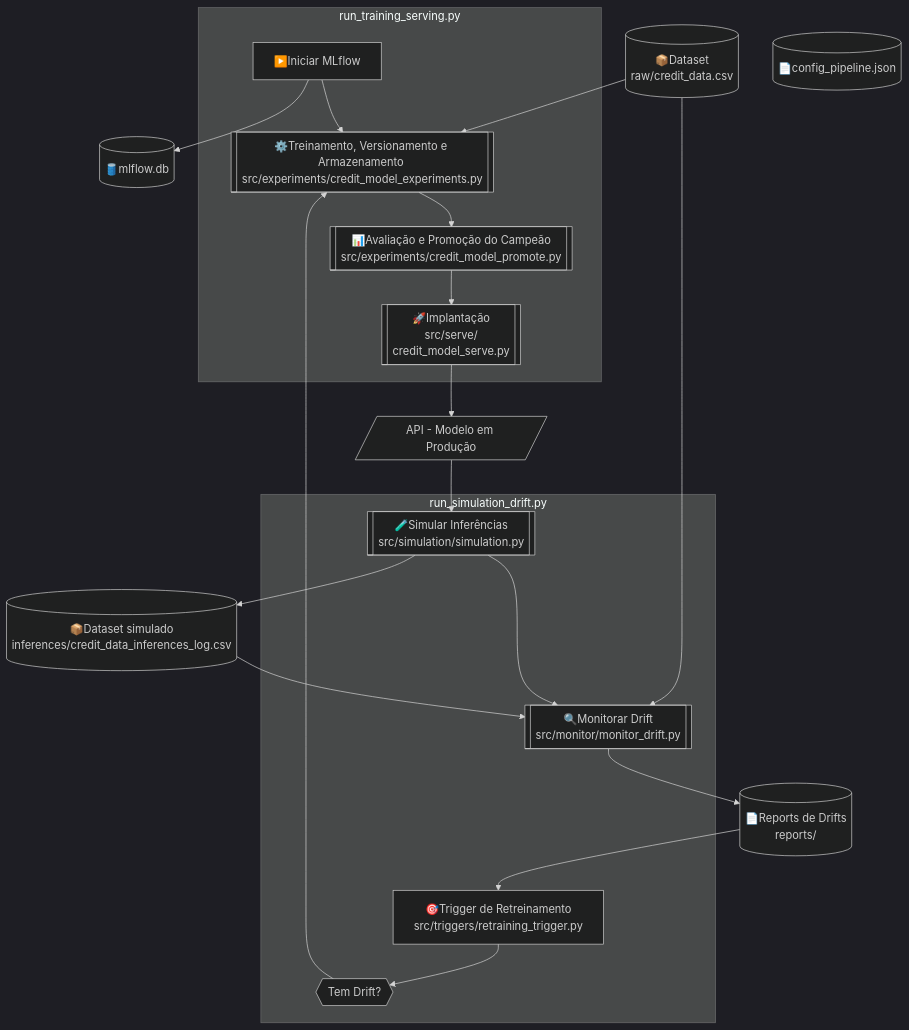
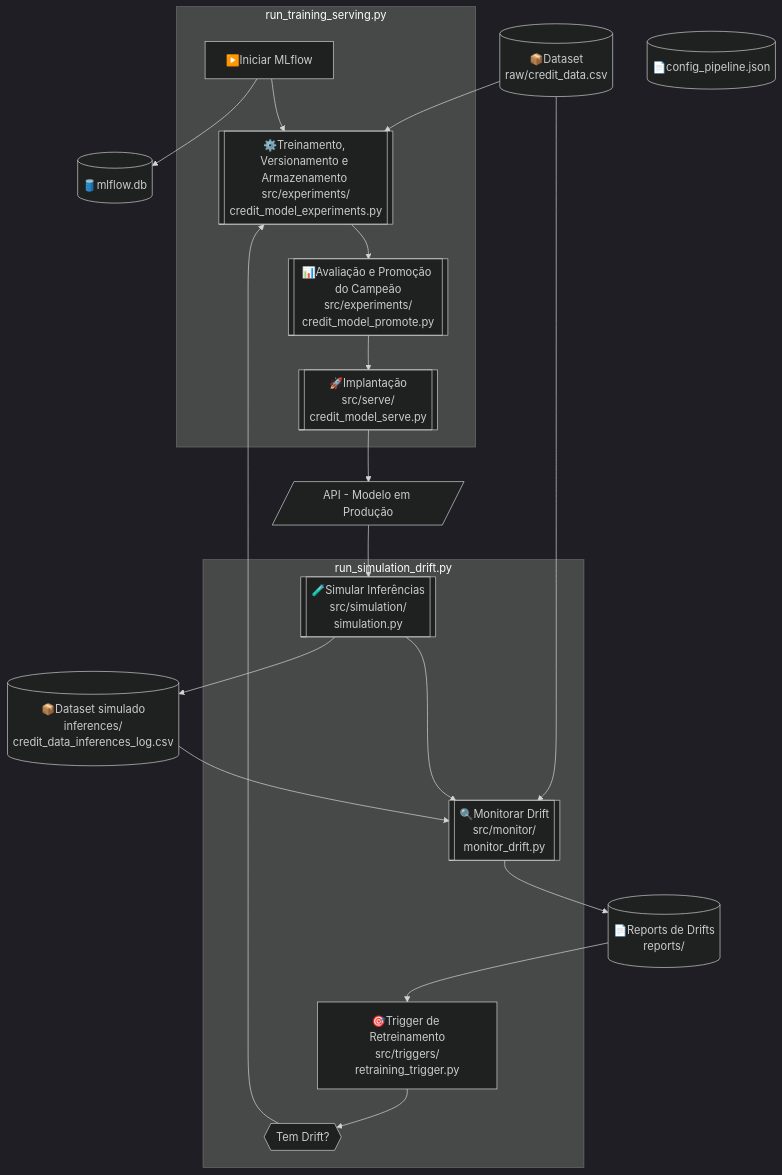
Before and after one commit to lamgarcia/ufrgs-ecd15: the diagram in README.md, drawn with Mermaid (dark theme).

````diff
--- a/README.md
+++ b/README.md
@@ -149,40 +149,40 @@
 ```mermaid
 flowchart TD
 
     subgraph Train [run_training_serving.py]
         A1[▶️Iniciar MLflow]
-        A2[[⚙️Treinamento, Versionamento e Armazenamento <br>src/experiments/credit_model_experiments.py]]
-        A3[[📊Avaliação e Promoção do Campeão<br>src/experiments/credit_model_promote.py]]
+        A2[[⚙️Treinamento, Versionamento e Armazenamento <br>src/experiments/<br>credit_model_experiments.py]]
+        A3[[📊Avaliação e Promoção do Campeão<br>src/experiments/<br>credit_model_promote.py]]
         A4[[🚀Implantação<br>src/serve/<br>credit_model_serve.py]]
         A1 --> A2 --> A3 --> A4 
     end
     
 
     subgraph Drift [run_simulation_drift.py]
-        B1[[🧪Simular Inferências<br>src/simulation/simulation.py]]
-        B2[[🔍Monitorar Drift<br>src/monitor/monitor_drift.py]]
-        B3[🎯Trigger de Retreinamento<br>src/triggers/retraining_trigger.py]
+        B1[[🧪Simular Inferências<br>src/simulation/<br>simulation.py]]
+        B2[[🔍Monitorar Drift<br>src/monitor/<br>monitor_drift.py]]
+        B3[🎯Trigger de Retreinamento<br>src/triggers/<br>retraining_trigger.py]
         C1{{Tem Drift?}}
         B1 --> B2 
         B3 --> C1 --> A2
         
     end
 
     S1[/API - Modelo em Produção/]
     D1[(📦Dataset<br> raw/credit_data.csv)] 
-    D2[(📦Dataset simulado<br>inferences/credit_data_inferences_log.csv)]
+    D2[(📦Dataset simulado<br>inferences/<br>credit_data_inferences_log.csv)]
     D3[(📄Reports de Drifts<br> reports/)]
     D4[(🛢️mlflow.db)]
     D5[(📄config_pipeline.json)]
 
 	A1 --> D4
 	A4 --> S1
 	S1 --> B1
     D1 --> A2
     B1 --> D2
     D1 --> B2
     D2 --> B2
     B2 --> D3
     D3 --> B3
 
 ```
````
